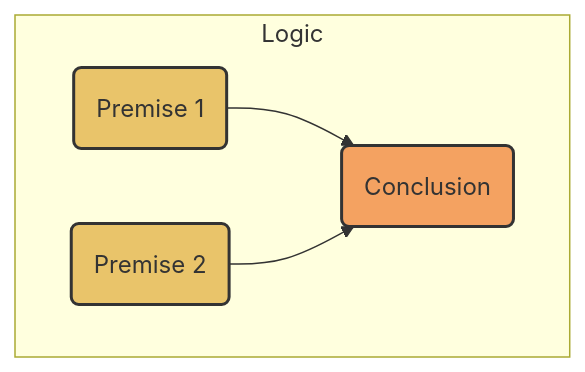
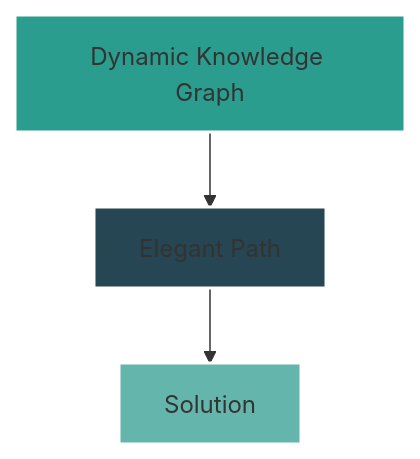
Before and after one commit to automenta/senars8: the second of 5 diagrams in docs/slides.md, drawn with Mermaid. The commit also changed other lines of this file and 6 other files, not shown here.

````diff
--- a/docs/slides.md
+++ b/docs/slides.md
@@ -50,10 +71,8 @@
 ```mermaid
 graph TD
-    subgraph "Logic"
-        A(Premise 1) --> C(Conclusion);
-        B(Premise 2) --> C;
-    end
-    style A fill:#e9c46a,stroke:#333,stroke-width:2px
-    style B fill:#e9c46a,stroke:#333,stroke-width:2px
-    style C fill:#f4a261,stroke:#333,stroke-width:2px
+    A[Dynamic Knowledge Graph] --> B[Elegant Path];
+    B --> C[Solution];
+    style A fill:#2a9d8f,stroke:#fff,stroke-width:2px
+    style B fill:#264653,stroke:#fff,stroke-width:2px
+    style C fill:#64B6AC,stroke:#fff,stroke-width:2px
 ```
````
